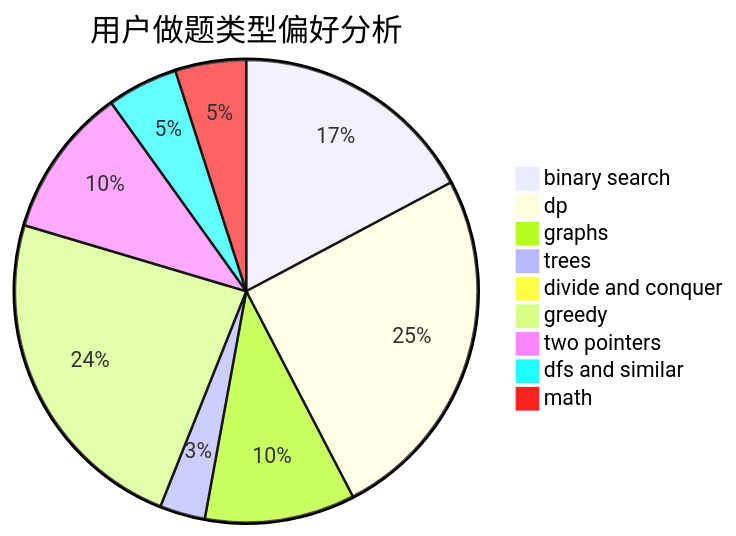
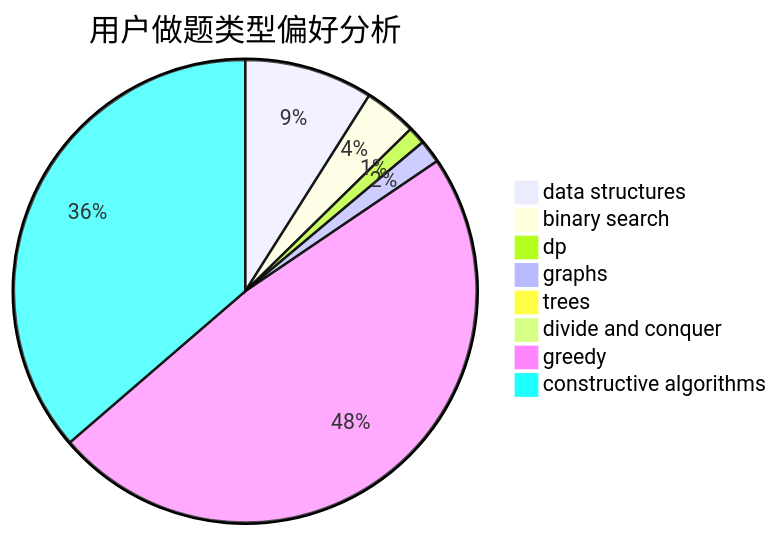
One commit to sherpahu/cfrs.github.io changed the second of 3 diagrams in docs/user/u381.md. Above: the diagram before and after it, drawn with Mermaid. The commit also changed other lines of this file and 2775 other files, not shown here.

````diff
--- a/docs/user/u381.md
+++ b/docs/user/u381.md
@@ -23,12 +23,11 @@
 ```mermaid
 pie title 用户做题类型偏好分析
-    "binary search" :  87
-    "dp" :  127
-    "graphs" :  53
-    "trees" :  16
+    "data structures" :  22
+    "binary search" :  9
+    "dp" :  3
+    "graphs" :  4
+    "trees" :  0
     "divide and conquer" :  1
-    "greedy" :  119
-    "two pointers" :  53
-    "dfs and similar" :  25
-    "math" :  25
+    "greedy" :  118
+    "constructive algorithms" :  89
 ```
````
